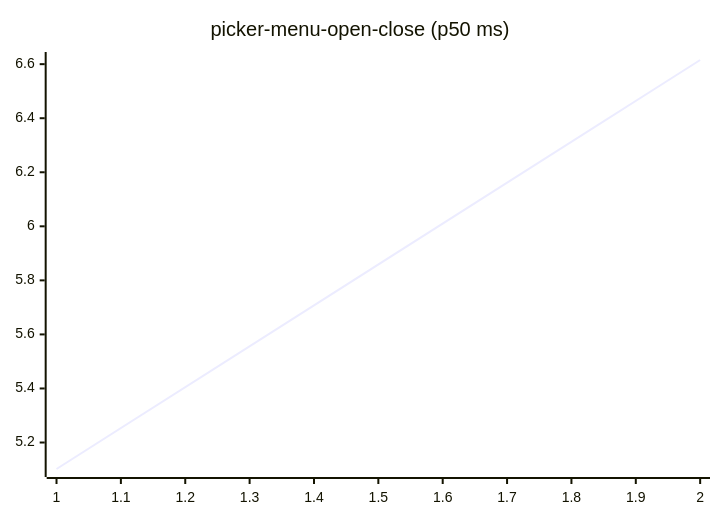
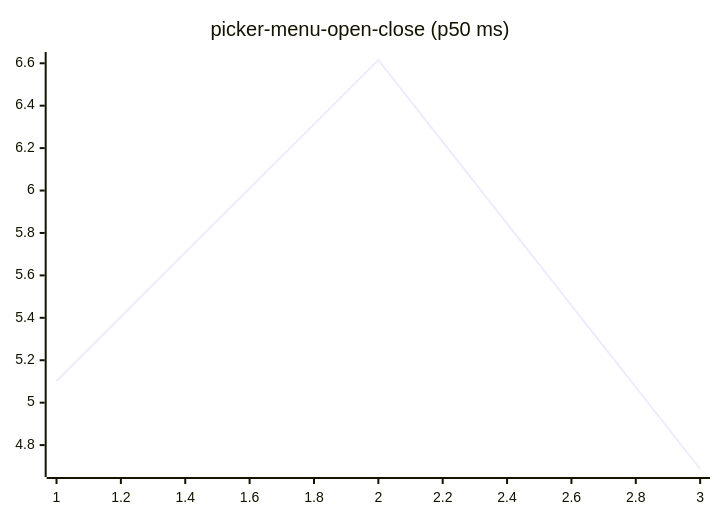
One commit to josha/Facet changed diagram 16 of 27 in README.md. Above: the diagram before and after it, drawn with Mermaid. The commit also changed other lines of this file and 2 other files, not shown here.

````diff
--- a/README.md
+++ b/README.md
@@ -168,6 +168,6 @@
 ```mermaid
 xychart-beta
     title "picker-menu-open-close (p50 ms)"
-    x-axis 1 --> 2
-    line [5.1020, 6.6154]
+    x-axis 1 --> 3
+    line [5.1020, 6.6154, 4.6873]
 ```
````
